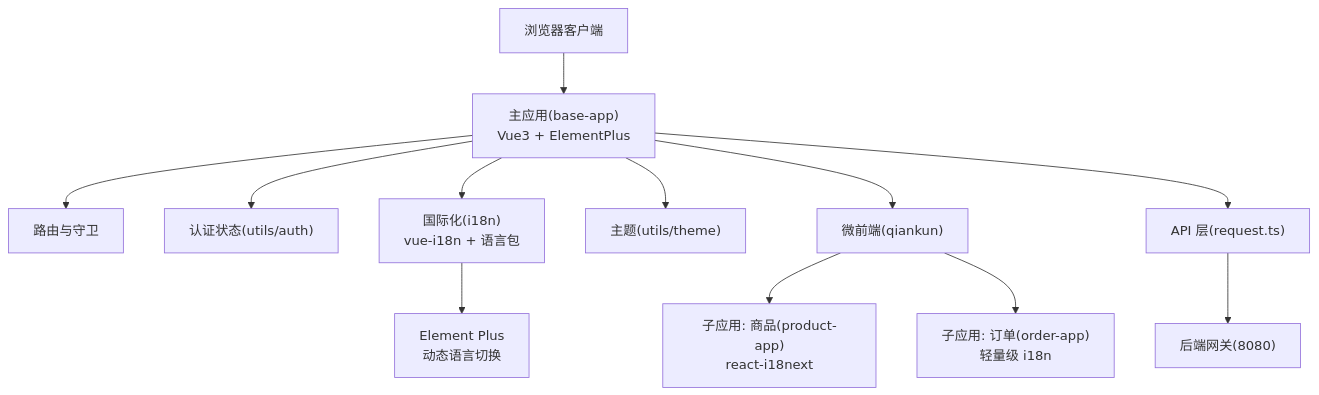
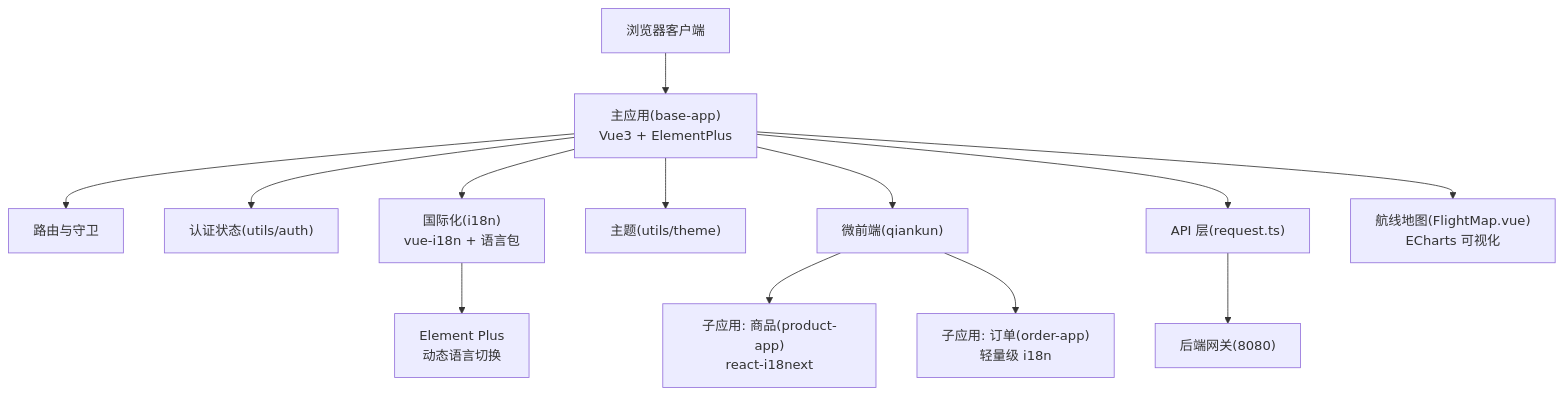
The second of 10 diagrams in .qoder/repowiki/zh/content/前端架构设计/主应用(base-app).md (haohailiang/qoder-fullstack), drawn with Mermaid before and after one commit. The commit also changed other lines of this file and 45 other files, not shown here.

````diff
--- a/.qoder/repowiki/zh/content/前端架构设计/主应用(base-app).md
+++ b/.qoder/repowiki/zh/content/前端架构设计/主应用(base-app).md
@@ -147,14 +146,15 @@
 ```mermaid
 graph TB
 Client["浏览器客户端"] --> Base["主应用(base-app)<br/>Vue3 + ElementPlus"]
 Base --> Router["路由与守卫"]
 Base --> Auth["认证状态(utils/auth)"]
 Base --> I18N["国际化(i18n)<br/>vue-i18n + 语言包"]
 Base --> Theme["主题(utils/theme)"]
 Base --> Micro["微前端(qiankun)"]
 Micro --> SubProduct["子应用: 商品(product-app)<br/>react-i18next"]
 Micro --> SubOrder["子应用: 订单(order-app)<br/>轻量级 i18n"]
 Base --> API["API 层(request.ts)"]
 API --> Gateway["后端网关(8080)"]
 I18N --> EP["Element Plus<br/>动态语言切换"]
+Base --> FlightMap["航线地图(FlightMap.vue)<br/>ECharts 可视化"]
 ```
````
